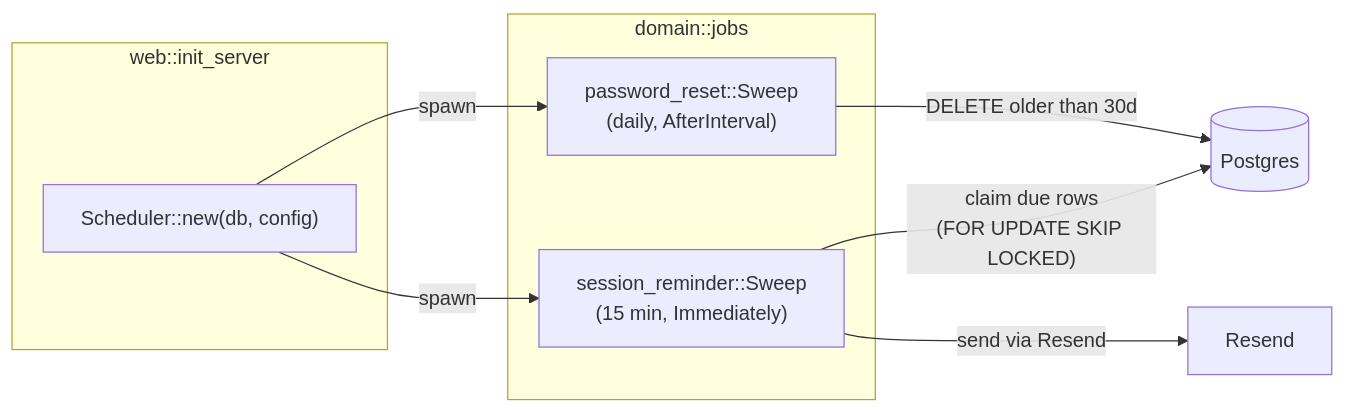
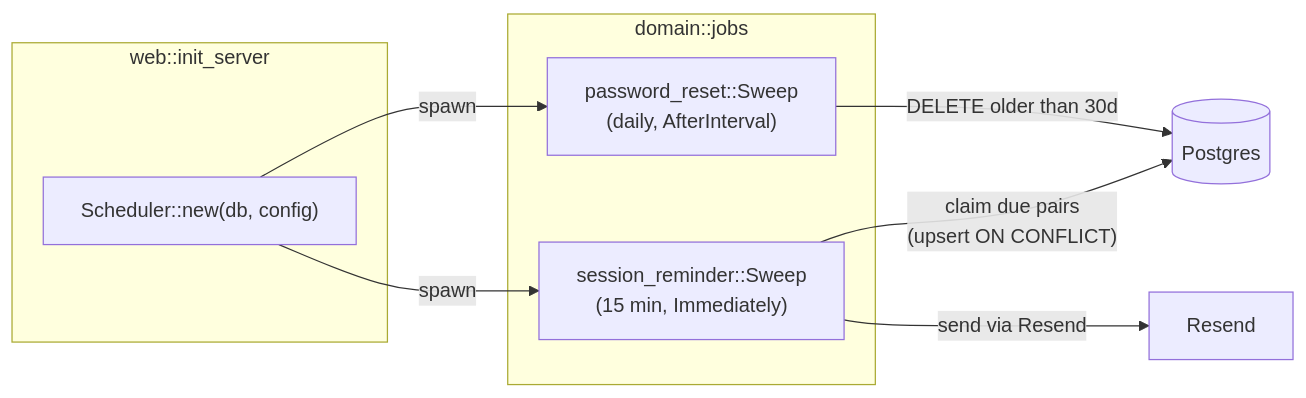
One commit to refactor-group/refactor-platform-rs changed the diagram in docs/architecture/background_jobs.md. Above: the diagram before and after it, drawn with Mermaid. The commit also changed other lines of this file and 25 other files, not shown here.

````diff
--- a/docs/architecture/background_jobs.md
+++ b/docs/architecture/background_jobs.md
@@ -49,17 +49,17 @@
 ```mermaid
 flowchart LR
     subgraph web["web::init_server"]
         S["Scheduler::new(db, config)"]
     end
     subgraph jobs["domain::jobs"]
         PR["password_reset::Sweep\n(daily, AfterInterval)"]
         SR["session_reminder::Sweep\n(15 min, Immediately)"]
     end
     DB[("Postgres")]
 
     S -->|spawn| PR
     S -->|spawn| SR
     PR -->|"DELETE older than 30d"| DB
-    SR -->|"claim due rows\n(FOR UPDATE SKIP LOCKED)"| DB
+    SR -->|"claim due pairs\n(upsert ON CONFLICT)"| DB
     SR -->|"send via Resend"| R["Resend"]
 ```
````
